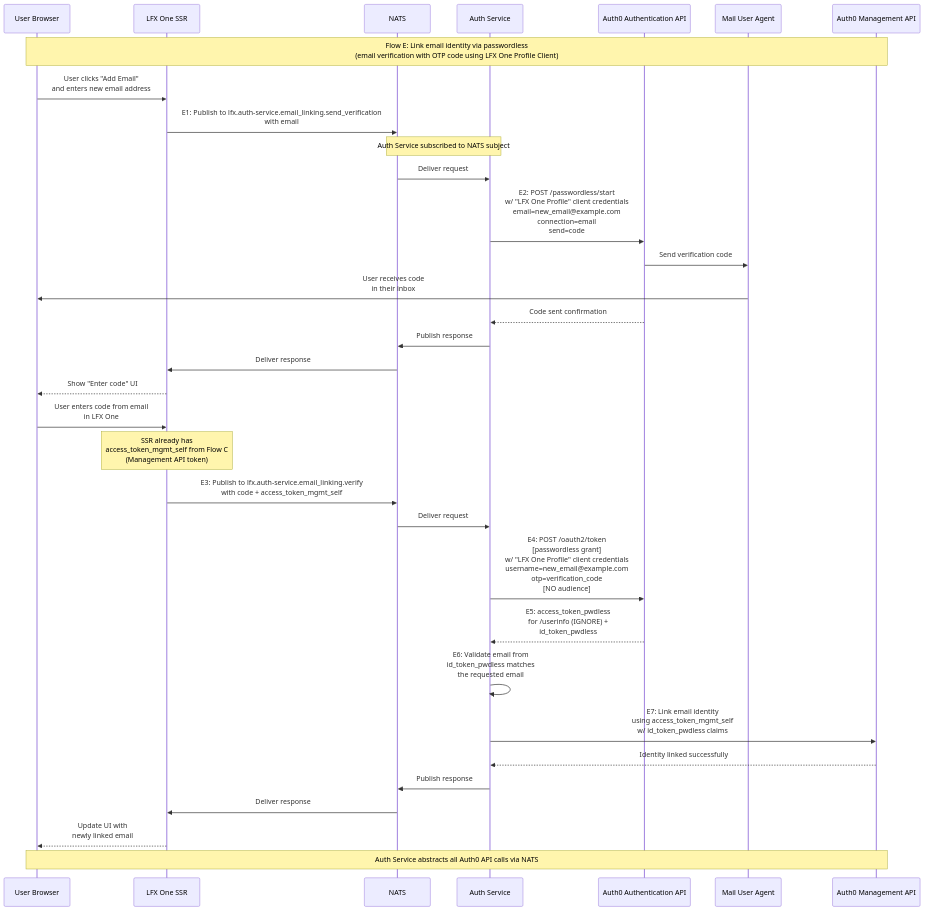
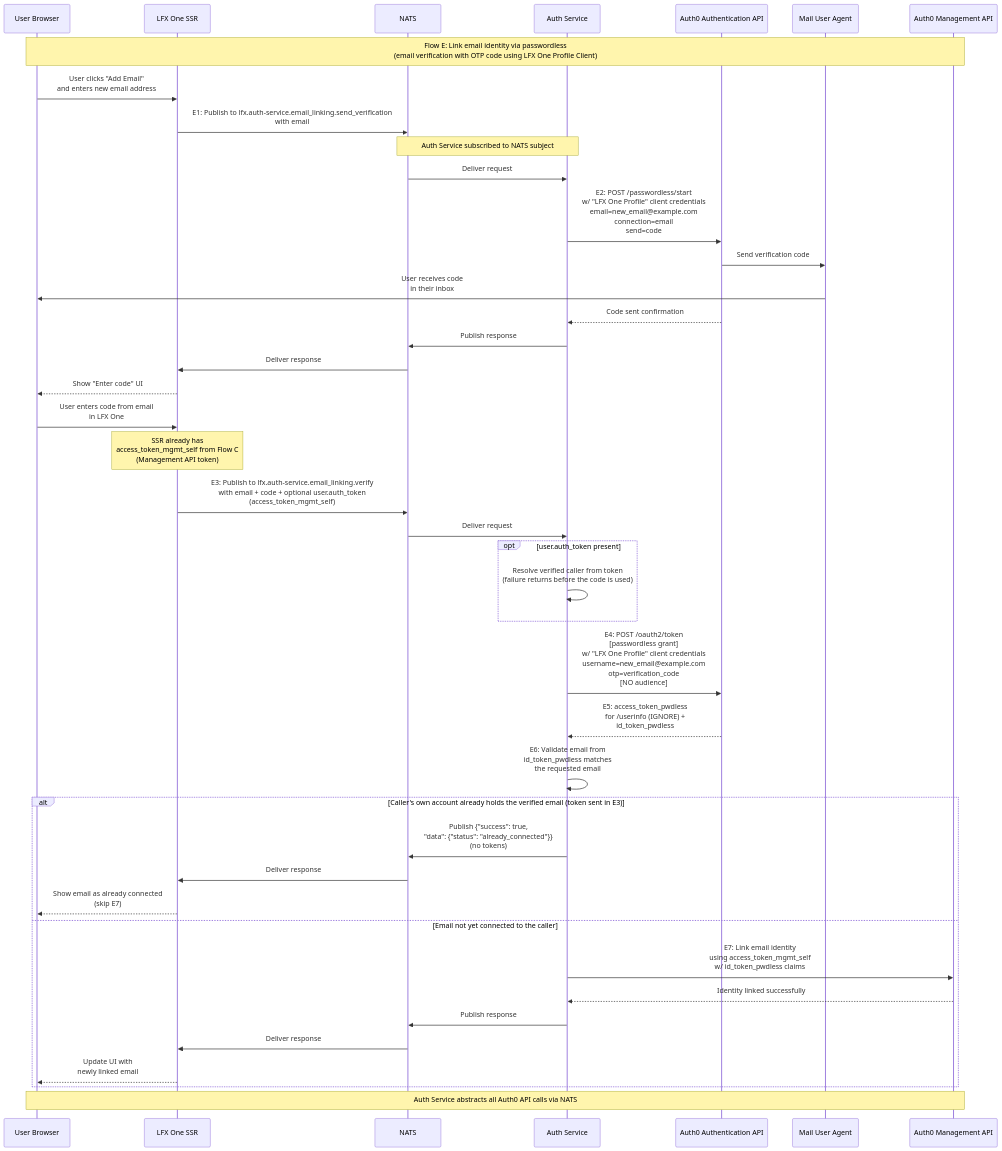
Before and after one commit to linuxfoundation/lfx-v2-auth-service: the diagram in docs/auth-flows/E-passwordless-email-linking.md, drawn with Mermaid. The commit also changed other lines of this file and 3 other files, not shown here.

First line of the commit message:
feat(email): mark own email already connected (lfx-self-serve-ops#936)

````diff
--- a/docs/auth-flows/E-passwordless-email-linking.md
+++ b/docs/auth-flows/E-passwordless-email-linking.md
@@ -8,52 +8,62 @@
 ```mermaid
 sequenceDiagram
     participant Browser as User Browser
     participant SSR as LFX One SSR
     participant NATS as NATS
     participant AuthSvc as Auth Service
     participant Auth0 as Auth0 Authentication API
     participant MUA as Mail User Agent
     participant Auth0Mgmt as Auth0 Management API
 
     Note over Browser,Auth0Mgmt: Flow E: Link email identity via passwordless<br/>(email verification with OTP code using LFX One Profile Client)
     
     Browser->>SSR: User clicks "Add Email"<br/>and enters new email address
     
     SSR->>NATS: E1: Publish to lfx.auth-service.email_linking.send_verification<br/>with email
     Note over NATS,AuthSvc: Auth Service subscribed to NATS subject
     NATS->>AuthSvc: Deliver request
     
     AuthSvc->>Auth0: E2: POST /passwordless/start<br/>w/ "LFX One Profile" client credentials<br/>email=new_email@example.com<br/>connection=email<br/>send=code
     
     Auth0->>MUA: Send verification code
     
     MUA->>Browser: User receives code<br/>in their inbox
     
     Auth0-->>AuthSvc: Code sent confirmation
     AuthSvc->>NATS: Publish response
     NATS->>SSR: Deliver response
     SSR-->>Browser: Show "Enter code" UI
     
     Browser->>SSR: User enters code from email<br/>in LFX One
     
     Note over SSR: SSR already has<br/>access_token_mgmt_self from Flow C<br/>(Management API token)
 
-    SSR->>NATS: E3: Publish to lfx.auth-service.email_linking.verify<br/>with code + access_token_mgmt_self
+    SSR->>NATS: E3: Publish to lfx.auth-service.email_linking.verify<br/>with email + code + optional user.auth_token<br/>(access_token_mgmt_self)
     NATS->>AuthSvc: Deliver request
+
+    opt user.auth_token present
+        AuthSvc->>AuthSvc: Resolve verified caller from token<br/>(failure returns before the code is used)
+    end
 
     AuthSvc->>Auth0: E4: POST /oauth2/token<br/>[passwordless grant]<br/>w/ "LFX One Profile" client credentials<br/>username=new_email@example.com<br/>otp=verification_code<br/>[NO audience]
 
     Auth0-->>AuthSvc: E5: access_token_pwdless<br/>for /userinfo (IGNORE) +<br/>id_token_pwdless
 
     AuthSvc->>AuthSvc: E6: Validate email from<br/>id_token_pwdless matches<br/>the requested email
 
-    AuthSvc->>Auth0Mgmt: E7: Link email identity<br/>using access_token_mgmt_self<br/>w/ id_token_pwdless claims
-    
-    Auth0Mgmt-->>AuthSvc: Identity linked successfully
-    AuthSvc->>NATS: Publish response
-    NATS->>SSR: Deliver response
-    
-    SSR-->>Browser: Update UI with<br/>newly linked email
+    alt Caller's own account already holds the verified email (token sent in E3)
+        AuthSvc->>NATS: Publish {"success": true,<br/>"data": {"status": "already_connected"}}<br/>(no tokens)
+        NATS->>SSR: Deliver response
+        SSR-->>Browser: Show email as already connected<br/>(skip E7)
+    else Email not yet connected to the caller
+        AuthSvc->>Auth0Mgmt: E7: Link email identity<br/>using access_token_mgmt_self<br/>w/ id_token_pwdless claims
+
+        Auth0Mgmt-->>AuthSvc: Identity linked successfully
+        AuthSvc->>NATS: Publish response
+        NATS->>SSR: Deliver response
+
+        SSR-->>Browser: Update UI with<br/>newly linked email
+    end
     
     Note over Browser,Auth0Mgmt: Auth Service abstracts all Auth0 API calls via NATS
 ```
````
